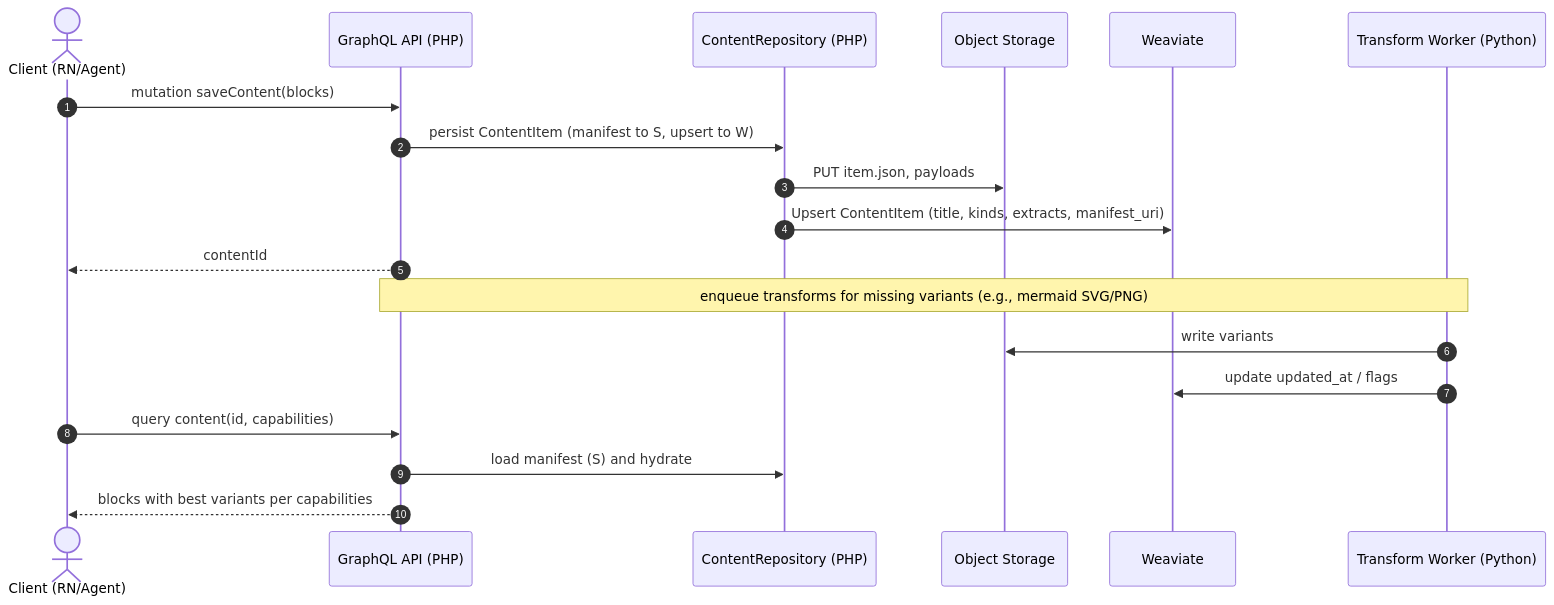
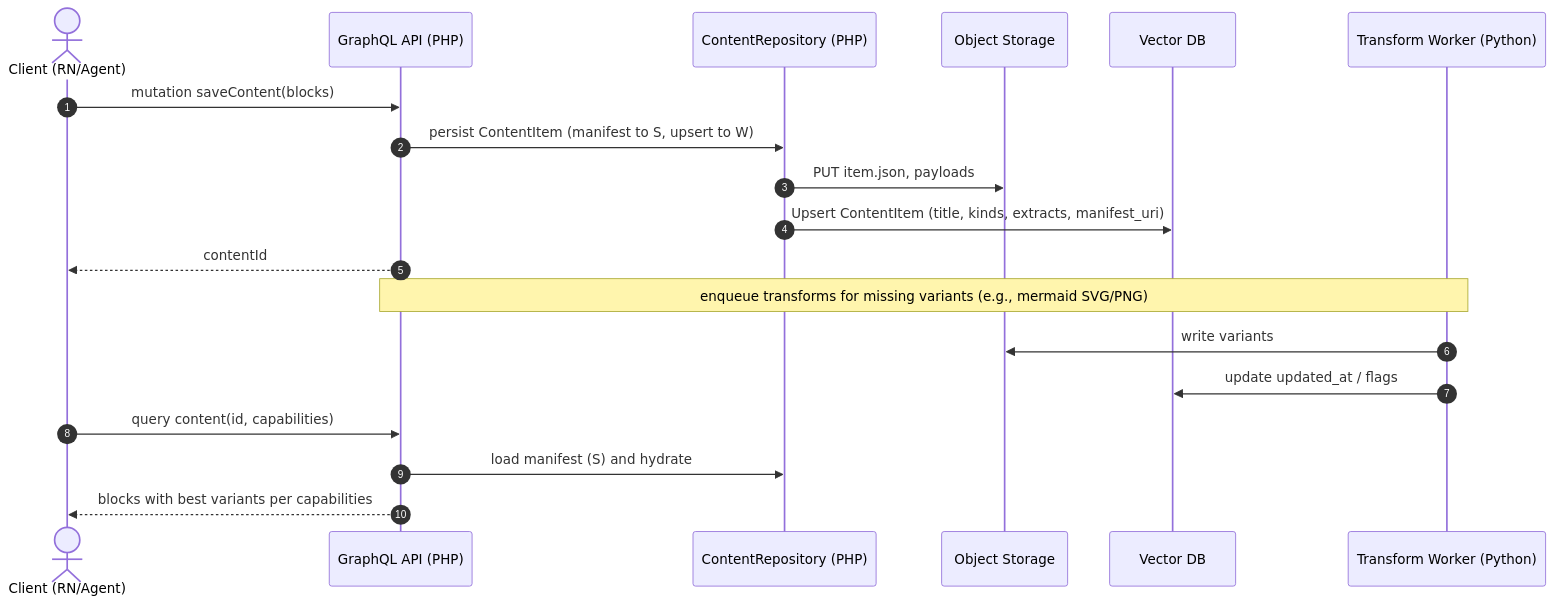
Before and after one commit to portable-content/design-docs: the diagram in content-representation-design.md, drawn with Mermaid. The commit also changed other lines of this file and 17 other files, not shown here.

````diff
--- a/content-representation-design.md
+++ b/content-representation-design.md
@@ -286,23 +287,23 @@
 ```mermaid
 sequenceDiagram
   autonumber
   actor C as Client (RN/Agent)
   participant G as GraphQL API (PHP)
   participant R as ContentRepository (PHP)
   participant S as Object Storage
-  participant W as Weaviate
+  participant W as Vector DB
   participant T as Transform Worker (Python)
 
   C->>G: mutation saveContent(blocks)
   G->>R: persist ContentItem (manifest to S, upsert to W)
   R->>S: PUT item.json, payloads
   R->>W: Upsert ContentItem (title, kinds, extracts, manifest_uri)
   G-->>C: contentId
   Note over G,T: enqueue transforms for missing variants (e.g., mermaid SVG/PNG)
   T->>S: write variants
   T->>W: update updated_at / flags
 
   C->>G: query content(id, capabilities)
   G->>R: load manifest (S) and hydrate
   G-->>C: blocks with best variants per capabilities
 ```
````
